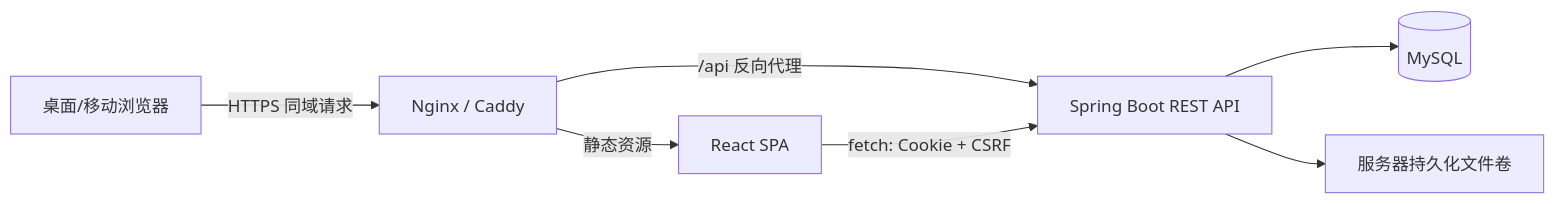
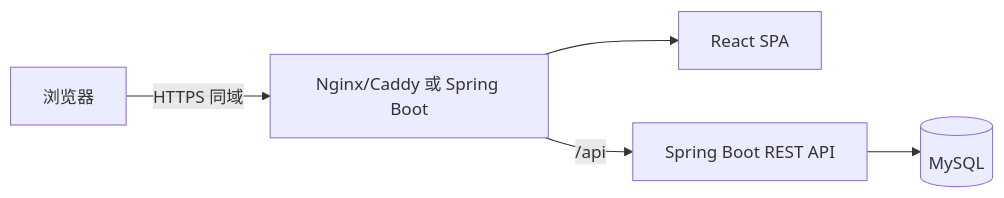
Before and after one commit to qiuxueqin/TimeClock: the diagram in memory-bank/frontend-tech-stack-V1.0.md, drawn with Mermaid. The commit also changed other lines of this file and 36 other files, not shown here.

````diff
--- a/memory-bank/frontend-tech-stack-V1.0.md
+++ b/memory-bank/frontend-tech-stack-V1.0.md
@@ -41,9 +31,7 @@
 ```mermaid
 flowchart LR
-    U["桌面/移动浏览器"] -->|"HTTPS 同域请求"| N["Nginx / Caddy"]
-    N -->|"静态资源"| F["React SPA"]
-    N -->|"/api 反向代理"| A["Spring Boot REST API"]
-    F -->|"fetch: Cookie + CSRF"| A
+    U["浏览器"] -->|HTTPS 同域| N["Nginx/Caddy 或 Spring Boot"]
+    N --> F["React SPA"]
+    N -->|/api| A["Spring Boot REST API"]
     A --> M[("MySQL")]
-    A --> S["服务器持久化文件卷"]
 ```
````
